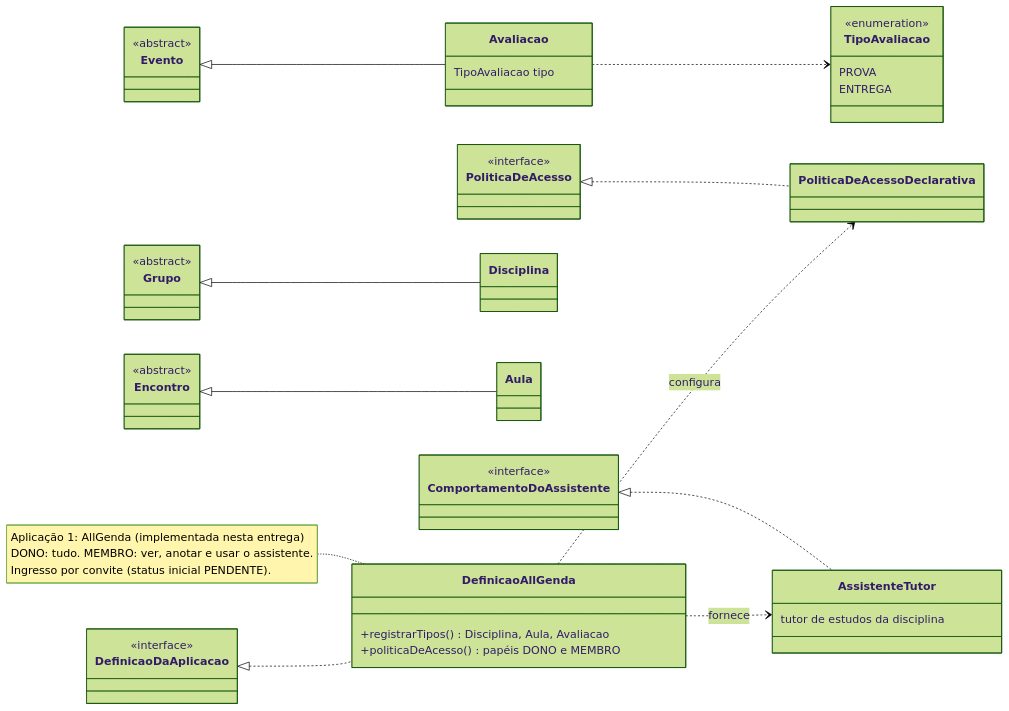
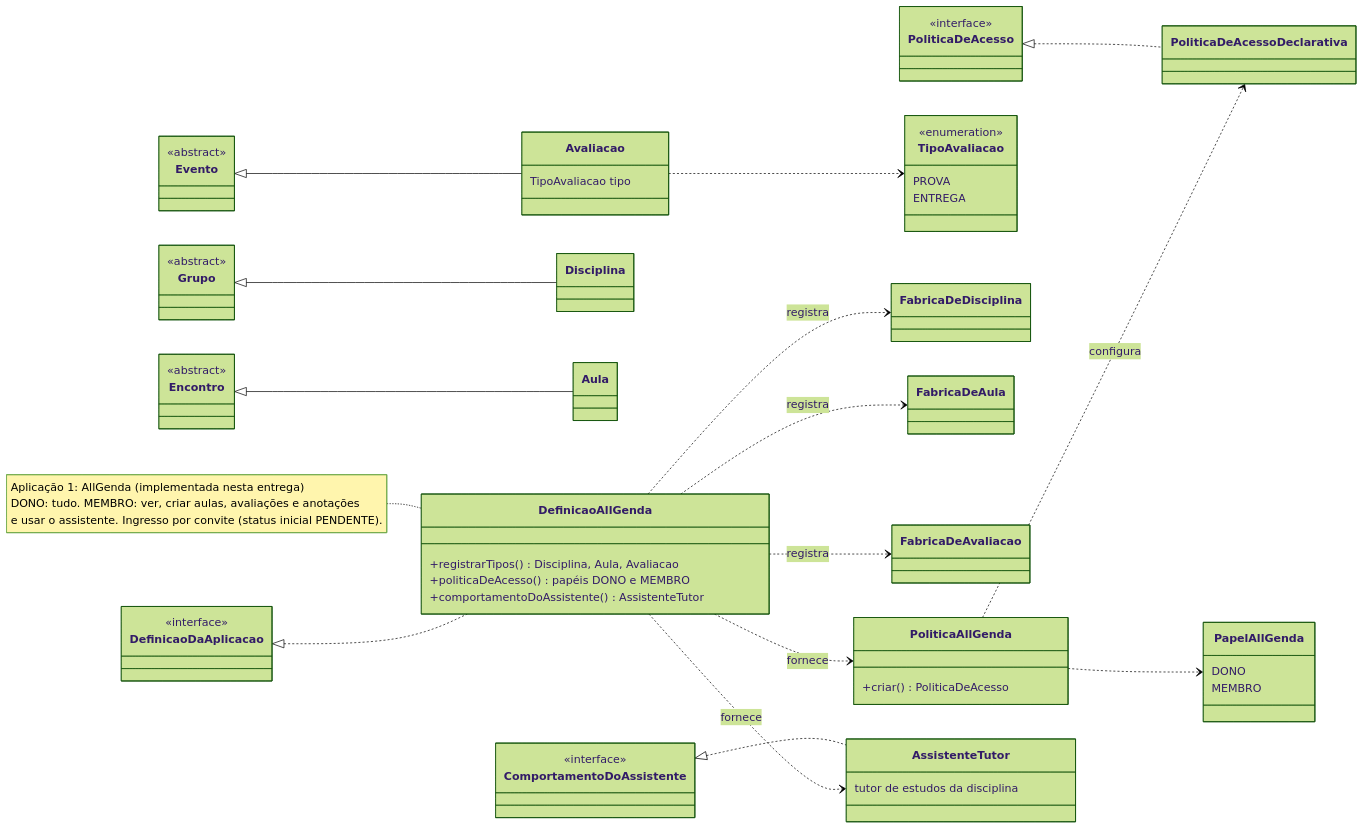
One commit to Jamykson/AllGenda changed the seventh of 7 diagrams in docs/framework/diagrama-de-classes.md. Above: the diagram before and after it, drawn with Mermaid (forest theme). The commit also changed other lines of this file and 7 other files, not shown here.

````diff
--- a/docs/framework/diagrama-de-classes.md
+++ b/docs/framework/diagrama-de-classes.md
@@ -519,51 +534,67 @@
 ```mermaid
 classDiagram
 direction LR
 
 class Grupo {
   <<abstract>>
 }
 class Encontro {
   <<abstract>>
 }
 class Evento {
   <<abstract>>
 }
 class DefinicaoDaAplicacao {
   <<interface>>
 }
 class PoliticaDeAcesso {
   <<interface>>
 }
 class PoliticaDeAcessoDeclarativa
 class ComportamentoDoAssistente {
   <<interface>>
 }
 PoliticaDeAcesso <|.. PoliticaDeAcessoDeclarativa
 class Disciplina
 class Aula
 class Avaliacao {
   TipoAvaliacao tipo
 }
 class TipoAvaliacao {
   <<enumeration>>
   PROVA
   ENTREGA
 }
 class DefinicaoAllGenda {
   +registrarTipos() Disciplina, Aula, Avaliacao
   +politicaDeAcesso() papéis DONO e MEMBRO
+  +comportamentoDoAssistente() AssistenteTutor
+}
+class FabricaDeDisciplina
+class FabricaDeAula
+class FabricaDeAvaliacao
+class PoliticaAllGenda {
+  +criar() PoliticaDeAcesso
+}
+class PapelAllGenda {
+  DONO
+  MEMBRO
 }
 class AssistenteTutor {
   tutor de estudos da disciplina
 }
 Grupo <|-- Disciplina
 Encontro <|-- Aula
 Evento <|-- Avaliacao
 Avaliacao ..> TipoAvaliacao
 DefinicaoDaAplicacao <|.. DefinicaoAllGenda
 ComportamentoDoAssistente <|.. AssistenteTutor
-DefinicaoAllGenda ..> PoliticaDeAcessoDeclarativa : configura
+DefinicaoAllGenda ..> FabricaDeDisciplina : registra
+DefinicaoAllGenda ..> FabricaDeAula : registra
+DefinicaoAllGenda ..> FabricaDeAvaliacao : registra
+DefinicaoAllGenda ..> PoliticaAllGenda : fornece
+PoliticaAllGenda ..> PoliticaDeAcessoDeclarativa : configura
+PoliticaAllGenda ..> PapelAllGenda
 DefinicaoAllGenda ..> AssistenteTutor : fornece
-note for DefinicaoAllGenda "Aplicação 1: AllGenda (implementada nesta entrega)<br/>DONO: tudo. MEMBRO: ver, anotar e usar o assistente.<br/>Ingresso por convite (status inicial PENDENTE)."
+note for DefinicaoAllGenda "Aplicação 1: AllGenda (implementada nesta entrega)<br/>DONO: tudo. MEMBRO: ver, criar aulas, avaliações e anotações<br/>e usar o assistente. Ingresso por convite (status inicial PENDENTE)."
 ```
````
